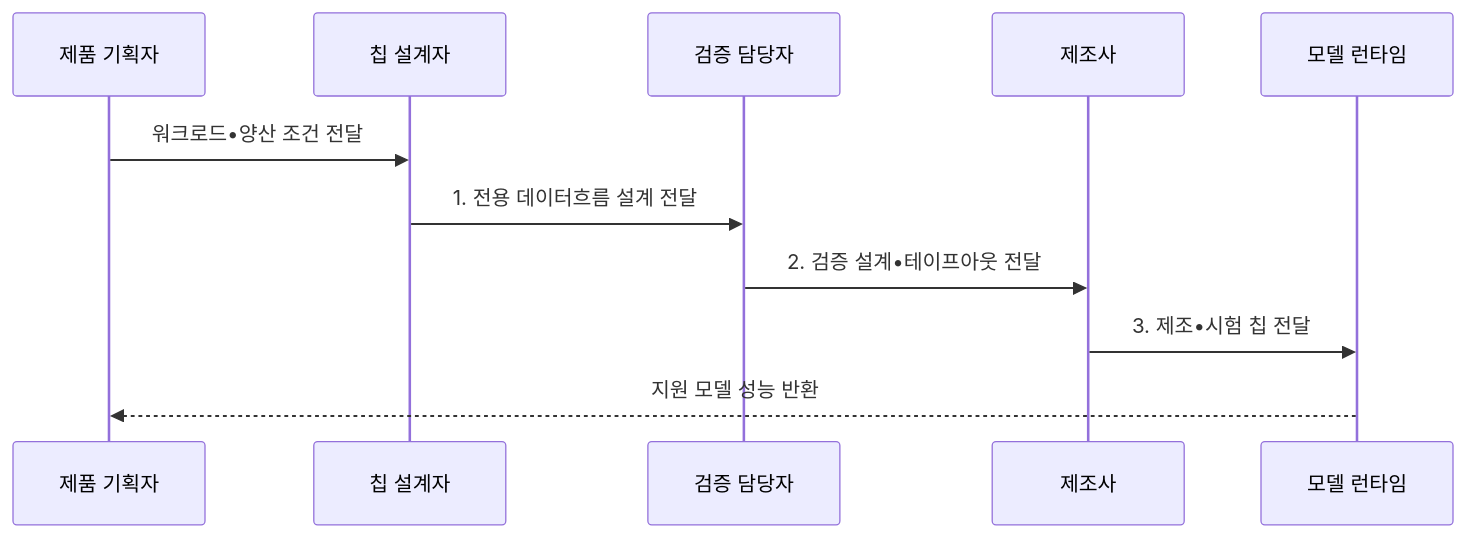
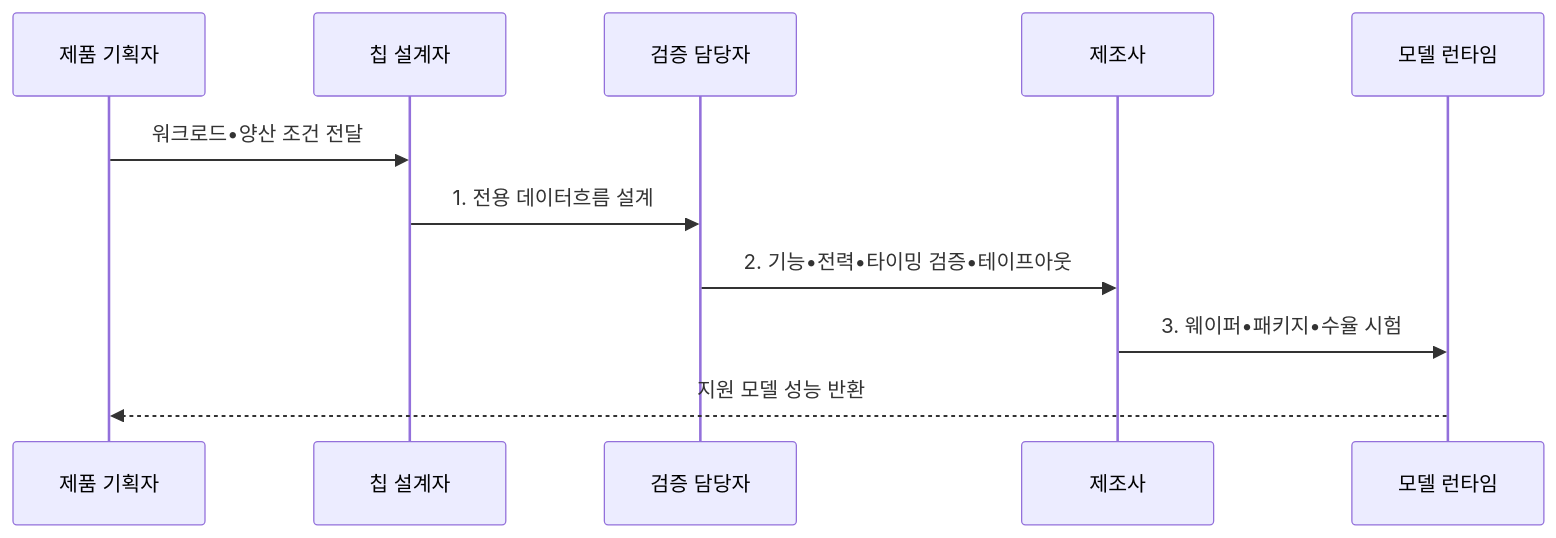
One commit to agnusdei1207/knowledge-base changed the second of 2 diagrams in src/content/docs/notes/08-latest-tech/144_asic_ai_acceleration.md. Above: the diagram before and after it, drawn with Mermaid. The commit also changed other lines of this file and 3 other files, not shown here.

````diff
--- a/src/content/docs/notes/08-latest-tech/144_asic_ai_acceleration.md
+++ b/src/content/docs/notes/08-latest-tech/144_asic_ai_acceleration.md
@@ -103,13 +103,13 @@
 ```mermaid
 sequenceDiagram
     participant W as 제품 기획자
     participant D as 칩 설계자
     participant V as 검증 담당자
     participant F as 제조사
     participant R as 모델 런타임
     W->>D: 워크로드•양산 조건 전달
-    D->>V: 1. 전용 데이터흐름 설계 전달
-    V->>F: 2. 검증 설계•테이프아웃 전달
-    F->>R: 3. 제조•시험 칩 전달
+    D->>V: 1. 전용 데이터흐름 설계
+    V->>F: 2. 기능•전력•타이밍 검증•테이프아웃
+    F->>R: 3. 웨이퍼•패키지•수율 시험
     R-->>W: 지원 모델 성능 반환
 ```
````
